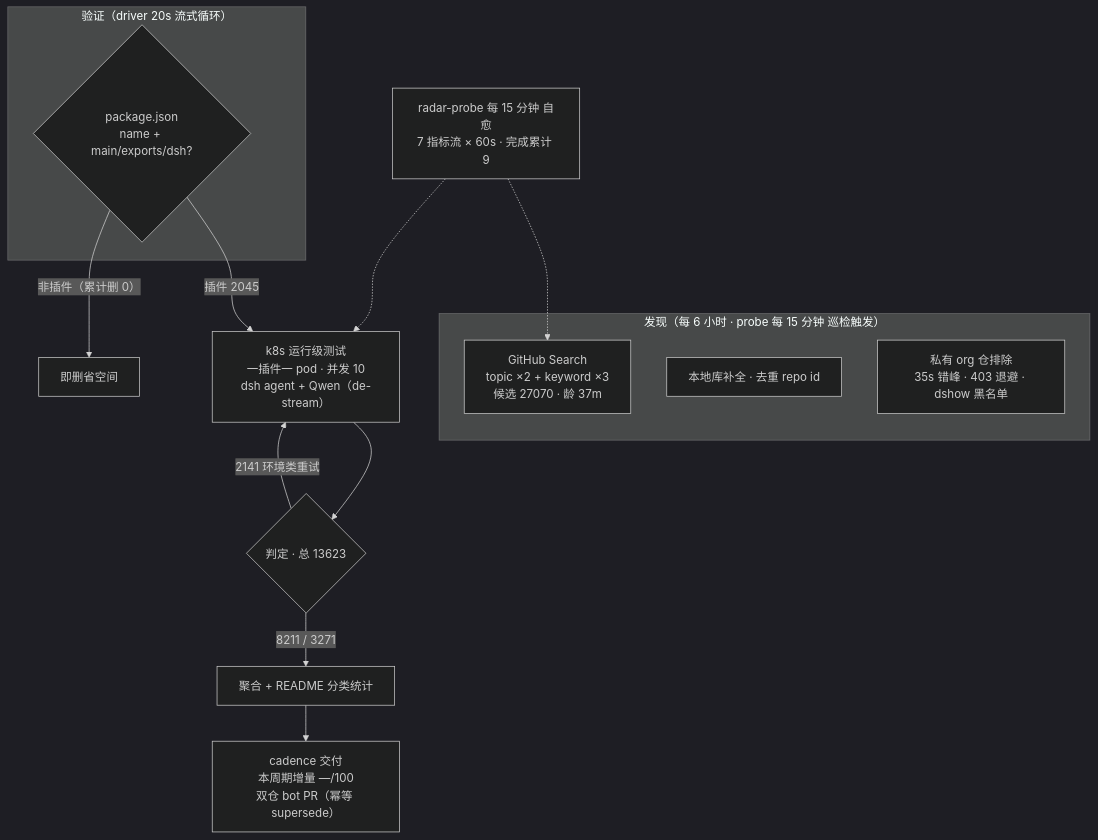
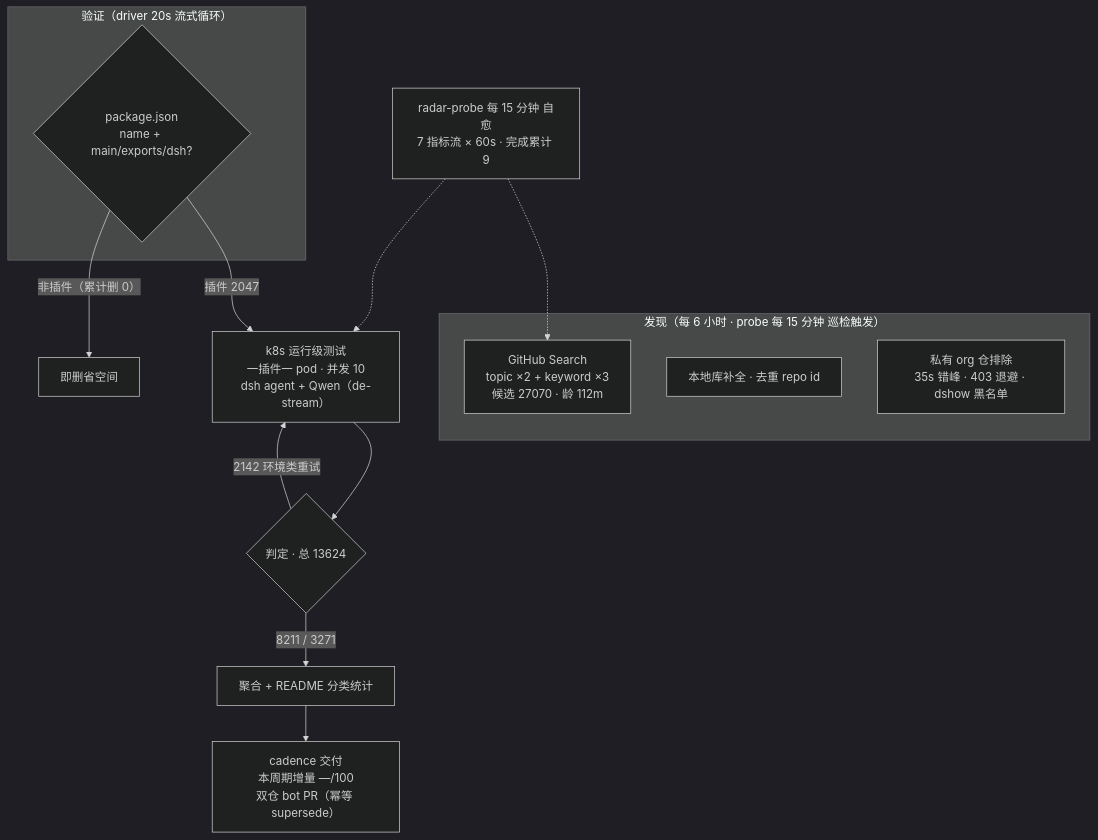
Before and after one commit to Zhidao-Lab-OSS/awesome-dsh-plugins: the diagram in README.md, drawn with Mermaid (dark theme). The commit also changed other lines of this file and 1 other file, not shown here.

````diff
--- a/README.md
+++ b/README.md
@@ -54,20 +54,20 @@
 ```mermaid
 flowchart TB
     subgraph Discovery["发现（每 6 小时 · probe 每 15 分钟 巡检触发）"]
-        A1["GitHub Search<br/>topic ×2 + keyword ×3<br/>候选 27070 · 龄 37m"]
+        A1["GitHub Search<br/>topic ×2 + keyword ×3<br/>候选 27070 · 龄 112m"]
         A2["本地库补全 · 去重 repo id"]
         A3["私有 org 仓排除<br/>35s 错峰 · 403 退避 · dshow 黑名单"]
     end
     subgraph Validation["验证（driver 20s 流式循环）"]
         B1{"package.json<br/>name + main/exports/dsh?"}
     end
-    B1 -->|"插件 2045"| C1["k8s 运行级测试<br/>一插件一 pod · 并发 10<br/>dsh agent + Qwen（de-stream）"]
+    B1 -->|"插件 2047"| C1["k8s 运行级测试<br/>一插件一 pod · 并发 10<br/>dsh agent + Qwen（de-stream）"]
     B1 -->|"非插件（累计删 0）"| B3["即删省空间"]
-    C1 --> D1{"判定 · 总 13623"}
+    C1 --> D1{"判定 · 总 13624"}
     D1 -->|"8211 / 3271"| E1["聚合 + README 分类统计"]
-    D1 -->|"2141 环境类重试"| C1
+    D1 -->|"2142 环境类重试"| C1
     E1 --> E2["cadence 交付<br/>本周期增量 —/100<br/>双仓 bot PR（幂等 supersede）"]
     M["radar-probe 每 15 分钟 自愈<br/>7 指标流 × 60s · 完成累计 9"]
     M -.-> A1
     M -.-> C1
 ```
````
